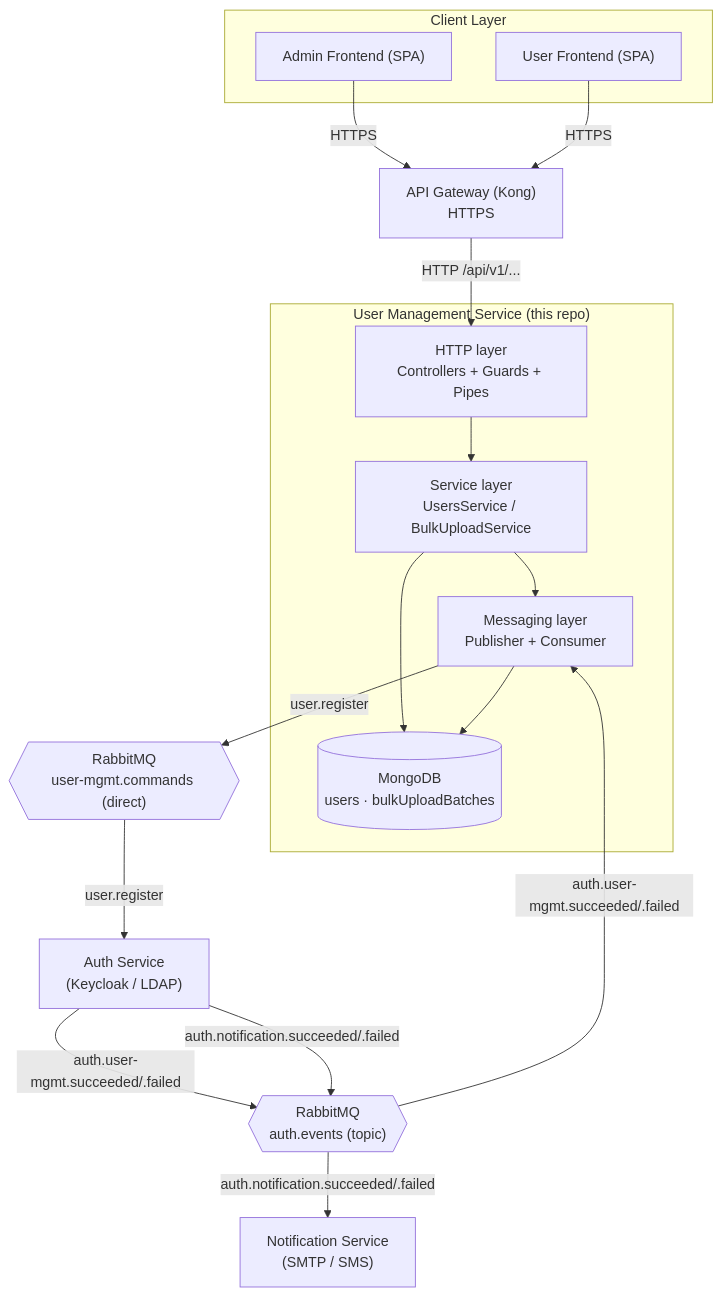
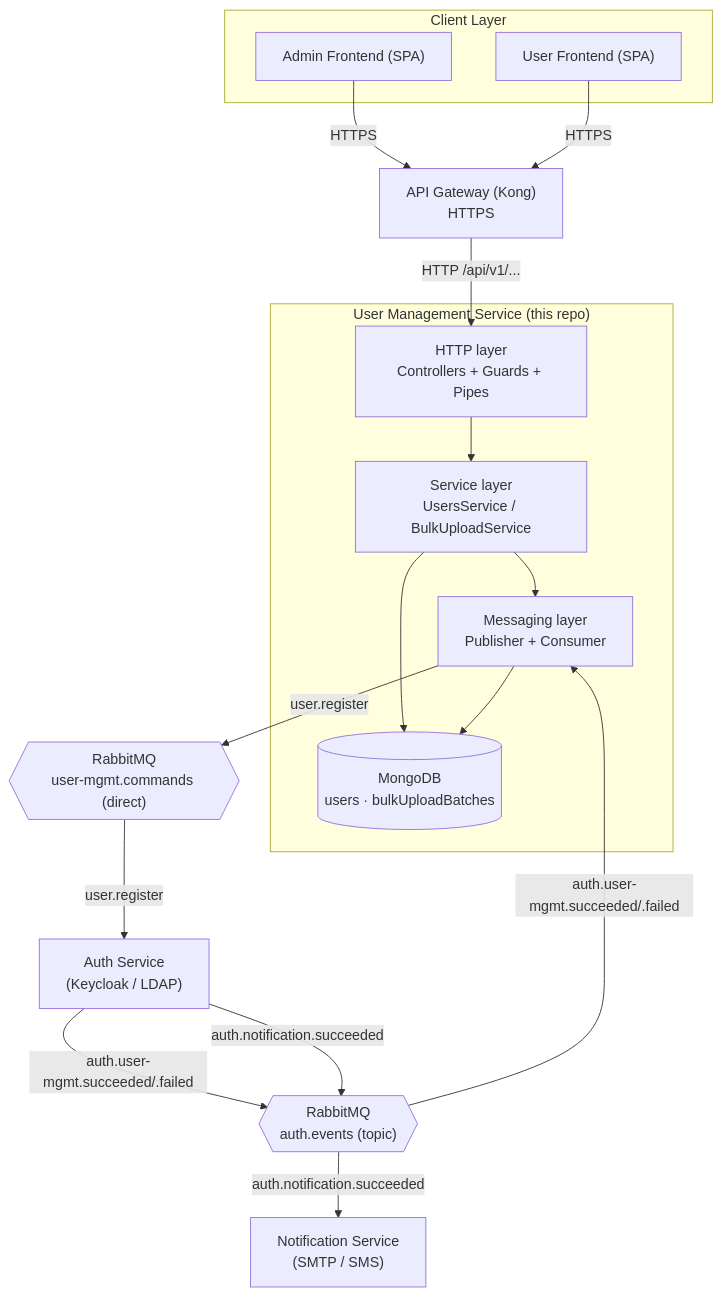
One commit to NanduHasaranga/uom-mis-backend changed the first of 9 diagrams in apps/user-management/docs/DOCUMENTATION.md. Above: the diagram before and after it, drawn with Mermaid. The commit also changed other lines of this file and 6 other files, not shown here.

Commit message:
update notification success flow

````diff
--- a/apps/user-management/docs/DOCUMENTATION.md
+++ b/apps/user-management/docs/DOCUMENTATION.md
@@ -31,36 +31,36 @@
 ```mermaid
 flowchart TB
     subgraph Client["Client Layer"]
         AdminSPA["Admin Frontend (SPA)"]
         UserSPA["User Frontend (SPA)"]
     end
 
     Gateway["API Gateway (Kong)\nHTTPS"]
 
     subgraph UMS["User Management Service (this repo)"]
         HTTP["HTTP layer\nControllers + Guards + Pipes"]
         Svc["Service layer\nUsersService / BulkUploadService"]
         Mongo[("MongoDB\nusers · bulkUploadBatches")]
         MsgMod["Messaging layer\nPublisher + Consumer"]
     end
 
     CmdExchange{{"RabbitMQ\nuser-mgmt.commands (direct)"}}
     EventExchange{{"RabbitMQ\nauth.events (topic)"}}
 
     Auth["Auth Service\n(Keycloak / LDAP)"]
     Notif["Notification Service\n(SMTP / SMS)"]
 
     AdminSPA -- HTTPS --> Gateway
     UserSPA -- HTTPS --> Gateway
     Gateway -- HTTP /api/v1/... --> HTTP
     HTTP --> Svc
     Svc --> Mongo
     Svc --> MsgMod
     MsgMod --> Mongo
     MsgMod -- "user.register" --> CmdExchange
     CmdExchange -- "user.register" --> Auth
     Auth -- "auth.user-mgmt.succeeded/.failed" --> EventExchange
     EventExchange -- "auth.user-mgmt.succeeded/.failed" --> MsgMod
-    Auth -- "auth.notification.succeeded/.failed" --> EventExchange
-    EventExchange -- "auth.notification.succeeded/.failed" --> Notif
+    Auth -- "auth.notification.succeeded" --> EventExchange
+    EventExchange -- "auth.notification.succeeded" --> Notif
 ```
````
